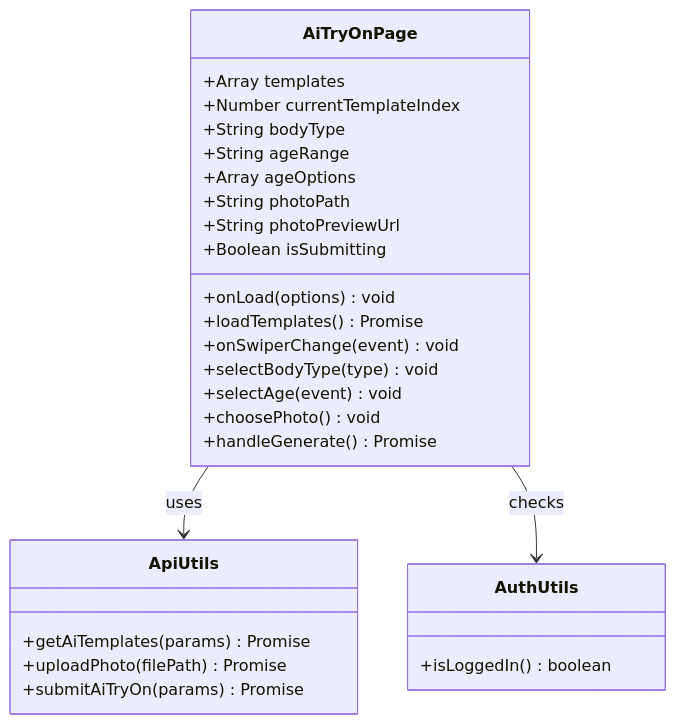
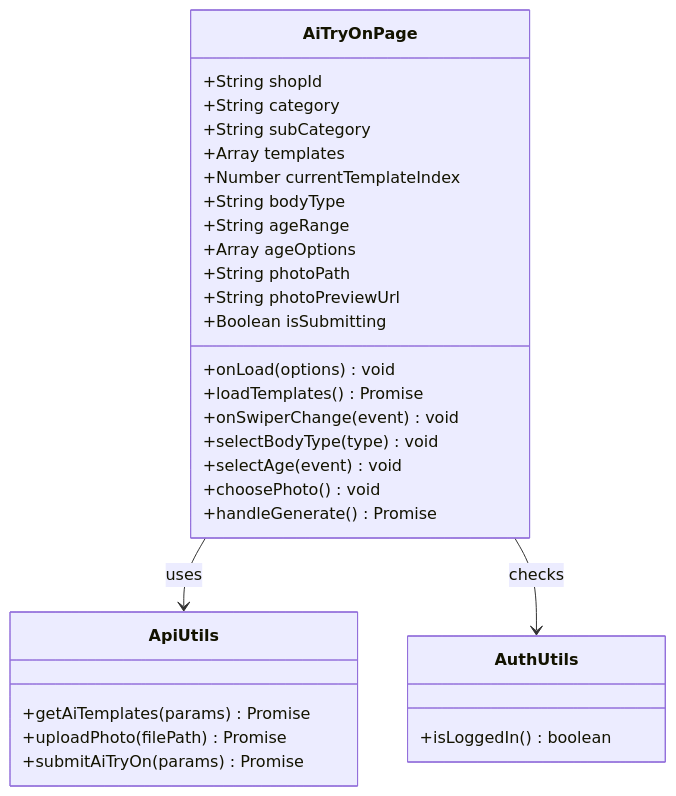
One commit to crazyma99/blueberry changed the third of 9 diagrams in .qoder/repowiki/zh/content/核心功能模块/AI试衣功能.md. Above: the diagram before and after it, drawn with Mermaid. The commit also changed other lines of this file and 6 other files, not shown here.

````diff
--- a/.qoder/repowiki/zh/content/核心功能模块/AI试衣功能.md
+++ b/.qoder/repowiki/zh/content/核心功能模块/AI试衣功能.md
@@ -163,30 +174,33 @@
 ```mermaid
 classDiagram
 class AiTryOnPage {
++String shopId
++String category
++String subCategory
 +Array templates
 +Number currentTemplateIndex
 +String bodyType
 +String ageRange
 +Array ageOptions
 +String photoPath
 +String photoPreviewUrl
 +Boolean isSubmitting
 +onLoad(options) void
 +loadTemplates() Promise
 +onSwiperChange(event) void
 +selectBodyType(type) void
 +selectAge(event) void
 +choosePhoto() void
 +handleGenerate() Promise
 }
 class ApiUtils {
 +getAiTemplates(params) Promise
 +uploadPhoto(filePath) Promise
 +submitAiTryOn(params) Promise
 }
 class AuthUtils {
 +isLoggedIn() boolean
 }
 AiTryOnPage --> ApiUtils : uses
 AiTryOnPage --> AuthUtils : checks
 ```
````
